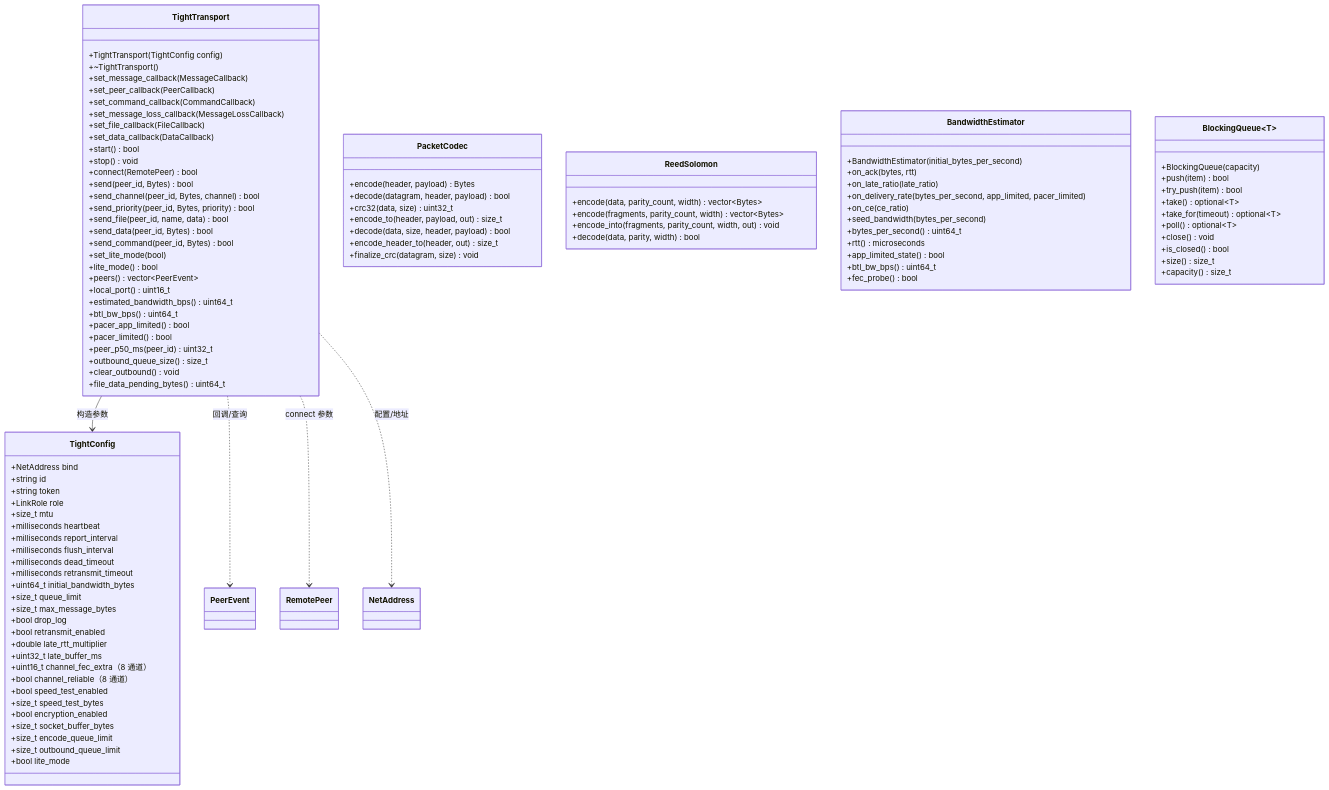
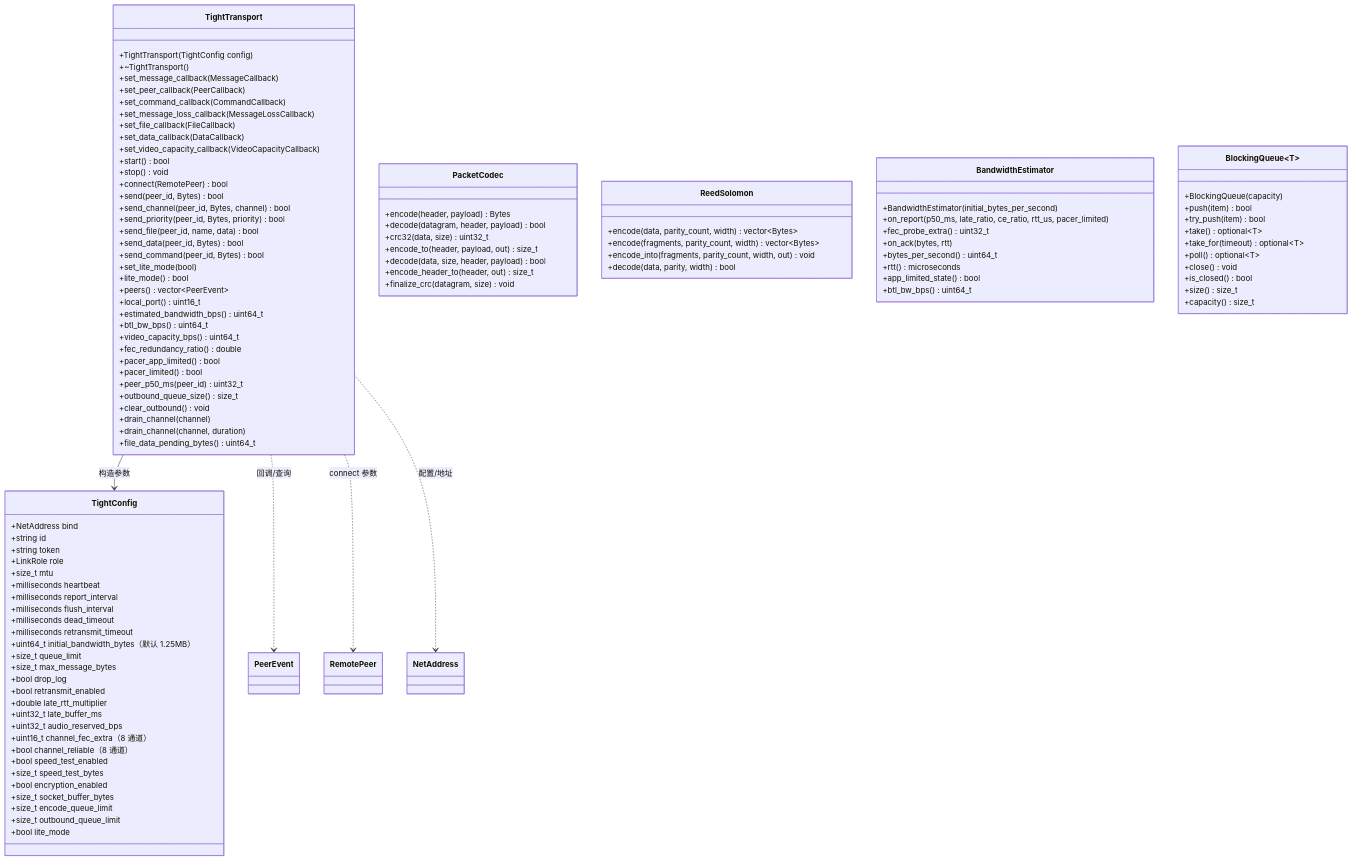
Before and after one commit to arrayforward/tight: the first of 2 diagrams in docs/api_reference.md, drawn with Mermaid. The commit also changed other lines of this file and 17 other files, not shown here.

```diff
--- a/docs/api_reference.md
+++ b/docs/api_reference.md
@@ -35,6 +35,7 @@
         +set_message_loss_callback(MessageLossCallback)
         +set_file_callback(FileCallback)
         +set_data_callback(DataCallback)
+        +set_video_capacity_callback(VideoCapacityCallback)
         +start() bool
         +stop() void
         +connect(RemotePeer) bool
@@ -50,11 +51,15 @@
         +local_port() uint16_t
         +estimated_bandwidth_bps() uint64_t
         +btl_bw_bps() uint64_t
+        +video_capacity_bps() uint64_t
+        +fec_redundancy_ratio() double
         +pacer_app_limited() bool
         +pacer_limited() bool
         +peer_p50_ms(peer_id) uint32_t
         +outbound_queue_size() size_t
         +clear_outbound() void
+        +drain_channel(channel)
+        +drain_channel(channel, duration)
         +file_data_pending_bytes() uint64_t
     }
     class TightConfig {
@@ -68,13 +73,14 @@
         +milliseconds flush_interval
         +milliseconds dead_timeout
         +milliseconds retransmit_timeout
-        +uint64_t initial_bandwidth_bytes
+        +uint64_t initial_bandwidth_bytes（默认 1.25MB）
         +size_t queue_limit
         +size_t max_message_bytes
         +bool drop_log
         +bool retransmit_enabled
         +double late_rtt_multiplier
         +uint32_t late_buffer_ms
+        +uint32_t audio_reserved_bps
         +uint16_t channel_fec_extra（8 通道）
         +bool channel_reliable（8 通道）
         +bool speed_test_enabled
@@ -102,16 +108,13 @@
     }
     class BandwidthEstimator {
         +BandwidthEstimator(initial_bytes_per_second)
+        +on_report(p50_ms, late_ratio, ce_ratio, rtt_us, pacer_limited)
+        +fec_probe_extra() uint32_t
         +on_ack(bytes, rtt)
-        +on_late_ratio(late_ratio)
-        +on_delivery_rate(bytes_per_second, app_limited, pacer_limited)
-        +on_ce(ce_ratio)
-        +seed_bandwidth(bytes_per_second)
         +bytes_per_second() uint64_t
         +rtt() microseconds
         +app_limited_state() bool
         +btl_bw_bps() uint64_t
-        +fec_probe() bool
     }
     class BlockingQueue~T~ {
         +BlockingQueue(capacity)
```
